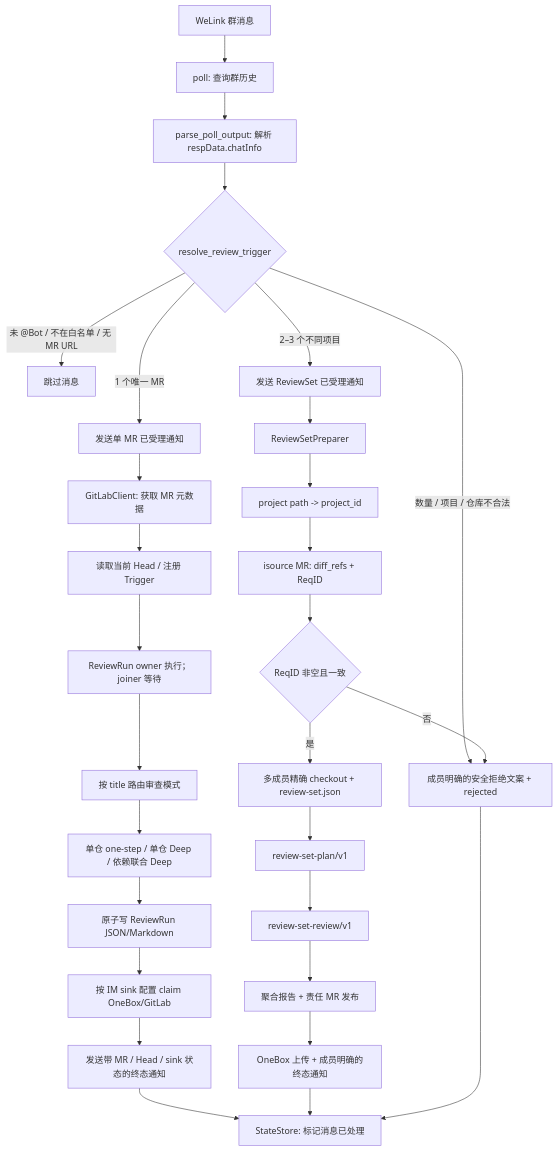
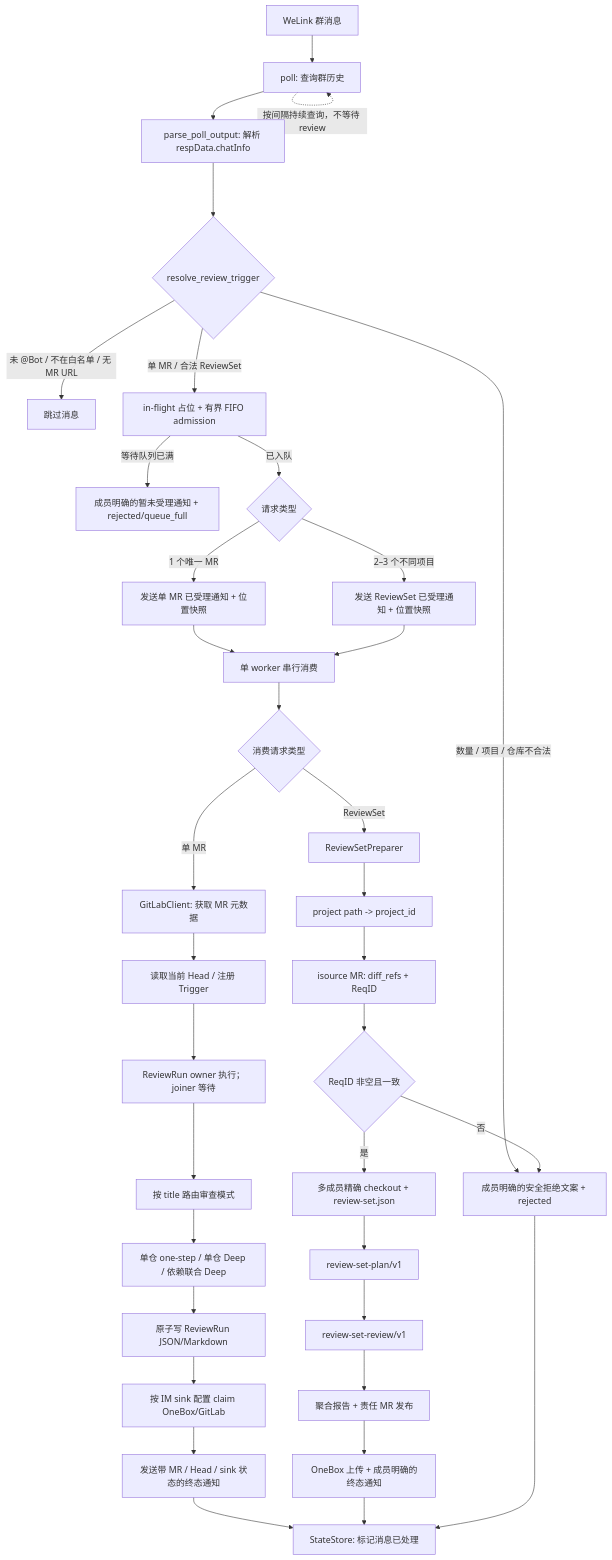
One commit to Faye-663/code-mr-reviewer changed the second of 3 diagrams in docs/DESIGN.md. Above: the diagram before and after it, drawn with Mermaid. The commit also changed other lines of this file and 10 other files, not shown here.

Commit message:
fix(im): keep polling with bounded review queue

````diff
--- a/docs/DESIGN.md
+++ b/docs/DESIGN.md
@@ -43,31 +43,38 @@
 ```mermaid
 flowchart TD
     A["WeLink 群消息"] --> B["poll: 查询群历史"]
+    B -. "按间隔持续查询，不等待 review" .-> B
     B --> C["parse_poll_output: 解析 respData.chatInfo"]
     C --> D{"resolve_review_trigger"}
     D -- "未 @Bot / 不在白名单 / 无 MR URL" --> E["跳过消息"]
-    D -- "1 个唯一 MR" --> A1["发送单 MR 已受理通知"]
-    A1 --> F["GitLabClient: 获取 MR 元数据"]
-    D -- "2–3 个不同项目" --> A2["发送 ReviewSet 已受理通知"]
-    A2 --> R["ReviewSetPreparer"]
+    D -- "单 MR / 合法 ReviewSet" --> Q["in-flight 占位 + 有界 FIFO admission"]
+    Q -- "等待队列已满" --> QX["成员明确的暂未受理通知 + rejected/queue_full"]
+    Q -- "已入队" --> QT{"请求类型"}
+    QT -- "1 个唯一 MR" --> A1["发送单 MR 已受理通知 + 位置快照"]
+    QT -- "2–3 个不同项目" --> A2["发送 ReviewSet 已受理通知 + 位置快照"]
+    A1 --> W["单 worker 串行消费"]
+    A2 --> W
+    W --> WT{"消费请求类型"}
+    WT -- "单 MR" --> F["GitLabClient: 获取 MR 元数据"]
+    WT -- "ReviewSet" --> R["ReviewSetPreparer"]
     D -- "数量 / 项目 / 仓库不合法" --> X["成员明确的安全拒绝文案 + rejected"]
     F --> F2["读取当前 Head / 注册 Trigger"]
     F2 --> G["ReviewRun owner 执行；joiner 等待"]
     G --> H["按 title 路由审查模式"]
     H --> H2["单仓 one-step / 单仓 Deep / 依赖联合 Deep"]
     H2 --> I["原子写 ReviewRun JSON/Markdown"]
     I --> J["按 IM sink 配置 claim OneBox/GitLab"]
     J --> K["发送带 MR / Head / sink 状态的终态通知"]
     K --> L["StateStore: 标记消息已处理"]
     R --> R2["project path -> project_id"]
     R2 --> R3["isource MR: diff_refs + ReqID"]
     R3 --> R4{"ReqID 非空且一致"}
     R4 -- "否" --> X
     R4 -- "是" --> R5["多成员精确 checkout + review-set.json"]
     R5 --> R6["review-set-plan/v1"]
     R6 --> R7["review-set-review/v1"]
     R7 --> R8["聚合报告 + 责任 MR 发布"]
     R8 --> R9["OneBox 上传 + 成员明确的终态通知"]
     R9 --> L
     X --> L
 ```
````
